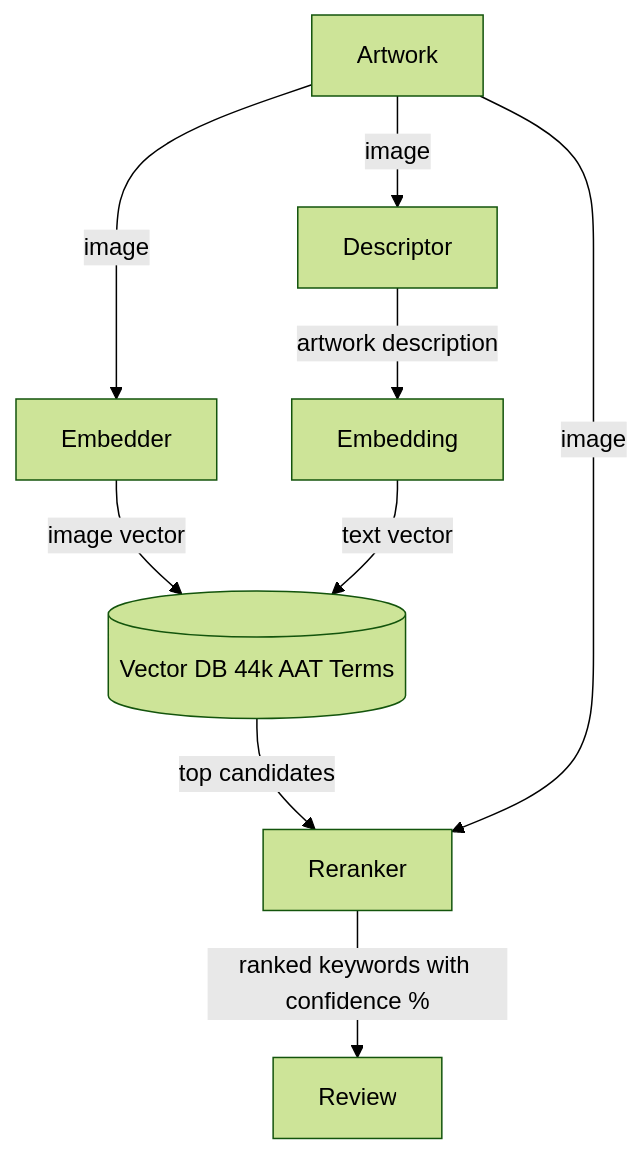
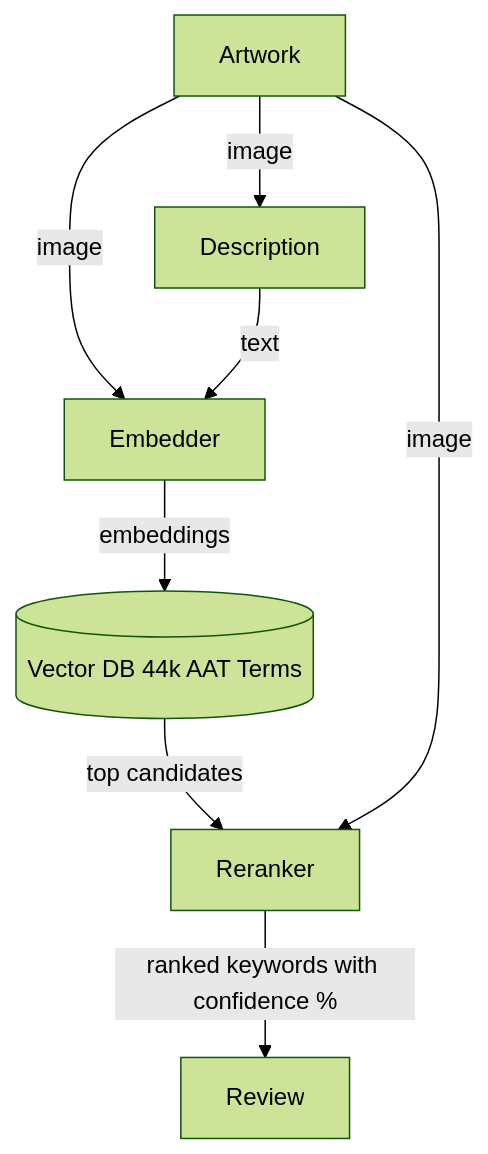
The second of 2 diagrams in README.md (cs2535-oakhoury-2026spring/Mills-Museum), drawn with Mermaid (forest theme) before and after one commit. The commit also changed other lines of this file and 5 other files, not shown here.

````diff
--- a/README.md
+++ b/README.md
@@ -103,11 +103,10 @@
 ```mermaid
 flowchart TD
     A[Artwork] -->|image| B[Embedder]
-    A -->|image| H[Descriptor]
-    H -->|artwork description| I[Embedding]
-    B -->|image vector| C[(Vector DB 44k AAT Terms)]
-    I -->|text vector| C
+    A -->|image| H[Description]
+    H -->| text | B
+    B -->| embeddings | C[(Vector DB 44k AAT Terms)]
     C -->|top candidates| D[Reranker]
     A -->|image| D
     D -->|ranked keywords with confidence %| E[Review]
 ```
````
